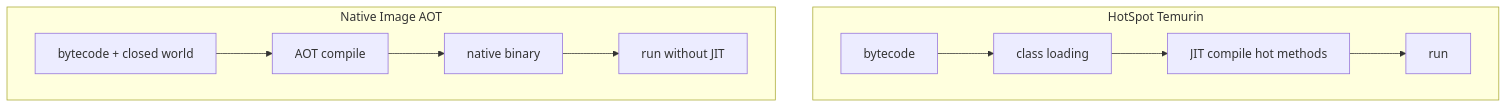
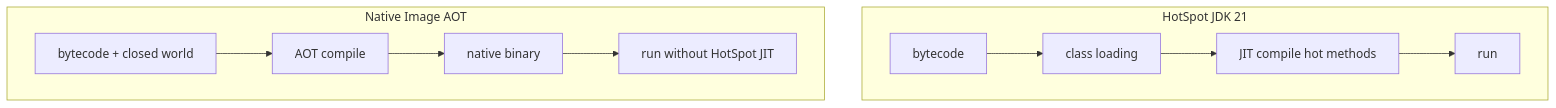
One commit to lostfromlight1/java-handbook changed the first of 2 diagrams in 49-cloud-and-containerization/03-graalvm-and-native-image-concepts.md. Above: the diagram before and after it, drawn with Mermaid. The commit also changed other lines of this file and 4 other files, not shown here.

````diff
--- a/49-cloud-and-containerization/03-graalvm-and-native-image-concepts.md
+++ b/49-cloud-and-containerization/03-graalvm-and-native-image-concepts.md
@@ -64,13 +88,13 @@
 ```mermaid
 flowchart TB
-  subgraph hotspot [HotSpot Temurin]
+  subgraph hotspot [HotSpot JDK 21]
     B1[bytecode] --> L[class loading]
     L --> J[JIT compile hot methods]
     J --> R[run]
   end
   subgraph native [Native Image AOT]
     B2[bytecode + closed world] --> A[AOT compile]
     A --> N[native binary]
-    N --> R2[run without JIT]
+    N --> R2[run without HotSpot JIT]
   end
 ```
````
